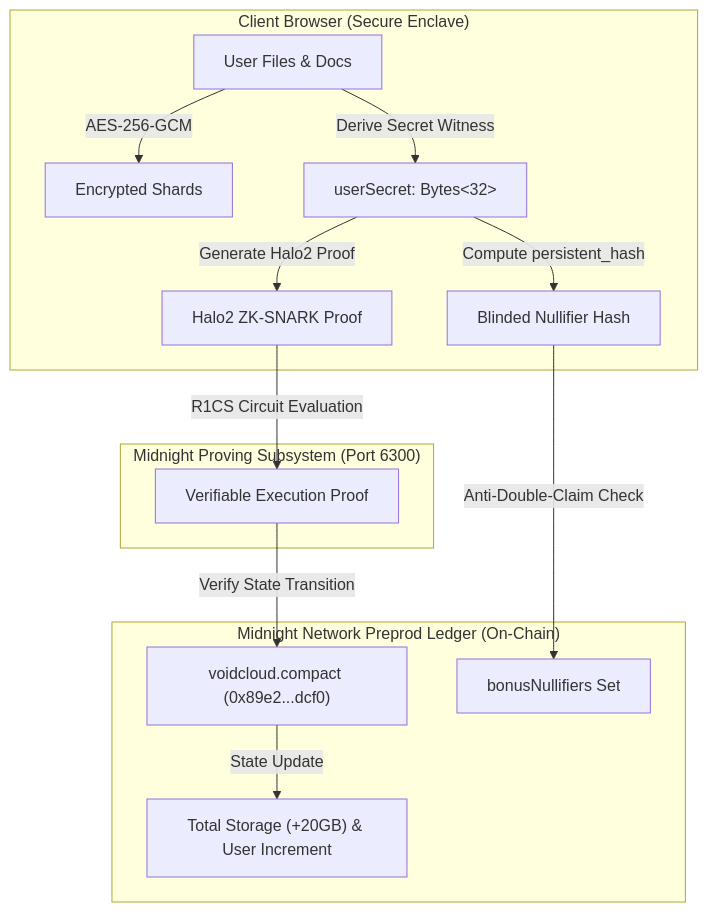
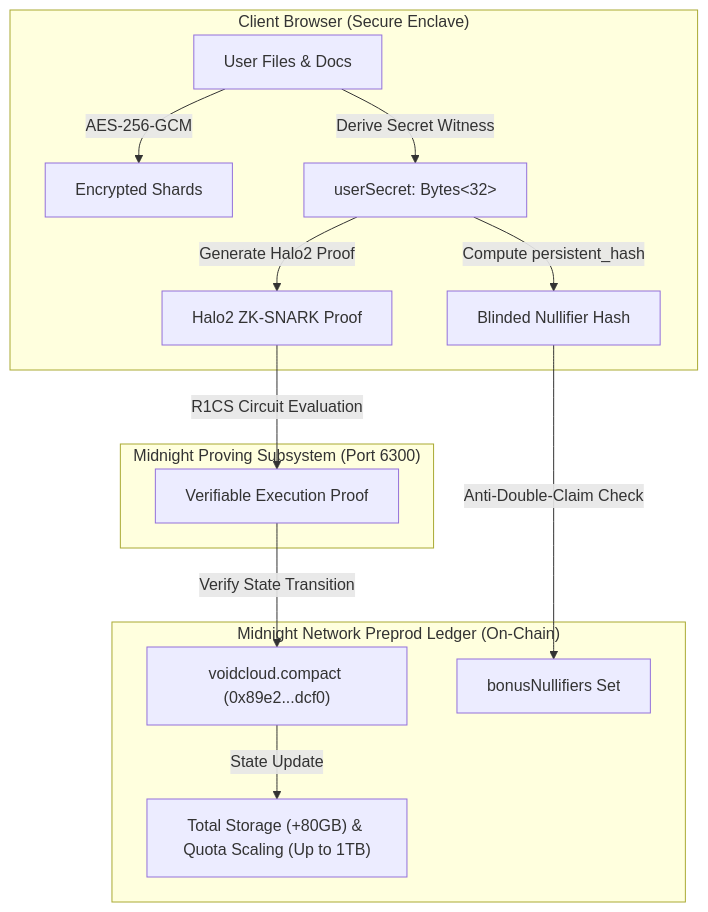
One commit to Shuvankar11/VoidCloud changed the diagram in PROPOSAL.md. Above: the diagram before and after it, drawn with Mermaid. The commit also changed other lines of this file and 1 other file, not shown here.

Commit message:
docs(summary): comprehensively expand executive summary, quota allocation, and free testnet scaling up to 1TB

````diff
--- a/PROPOSAL.md
+++ b/PROPOSAL.md
@@ -28,19 +28,19 @@
 ```mermaid
 flowchart TD
     subgraph Client["Client Browser (Secure Enclave)"]
         User["User Files & Docs"] -->|"AES-256-GCM"| EncBlob["Encrypted Shards"]
         User -->|"Derive Secret Witness"| Witness["userSecret: Bytes<32>"]
         Witness -->|"Compute persistent_hash"| Nullifier["Blinded Nullifier Hash"]
         Witness -->|"Generate Halo2 Proof"| ZKProof["Halo2 ZK-SNARK Proof"]
     end
 
     subgraph Prover["Midnight Proving Subsystem (Port 6300)"]
         ZKProof -->|"R1CS Circuit Evaluation"| ProofPayload["Verifiable Execution Proof"]
     end
 
     subgraph Ledger["Midnight Network Preprod Ledger (On-Chain)"]
         ProofPayload -->|"Verify State Transition"| Contract["voidcloud.compact (0x89e2...dcf0)"]
         Nullifier -->|"Anti-Double-Claim Check"| NullifierSet["bonusNullifiers Set"]
-        Contract -->|"State Update"| Counters["Total Storage (+20GB) & User Increment"]
+        Contract -->|"State Update"| Counters["Total Storage (+80GB) & Quota Scaling (Up to 1TB)"]
     end
 ```
````
